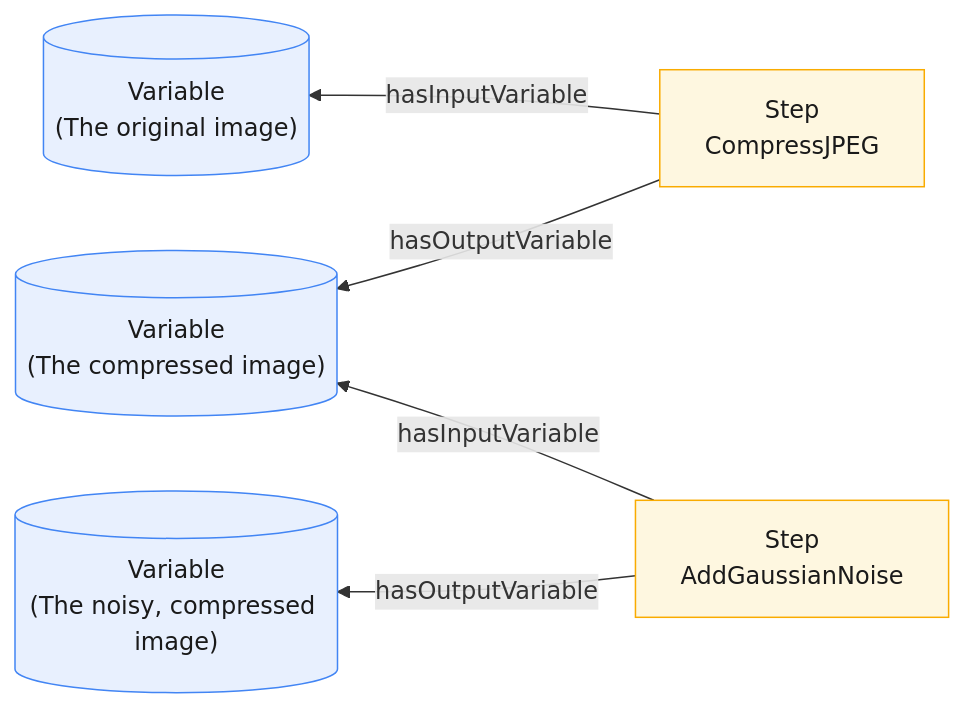
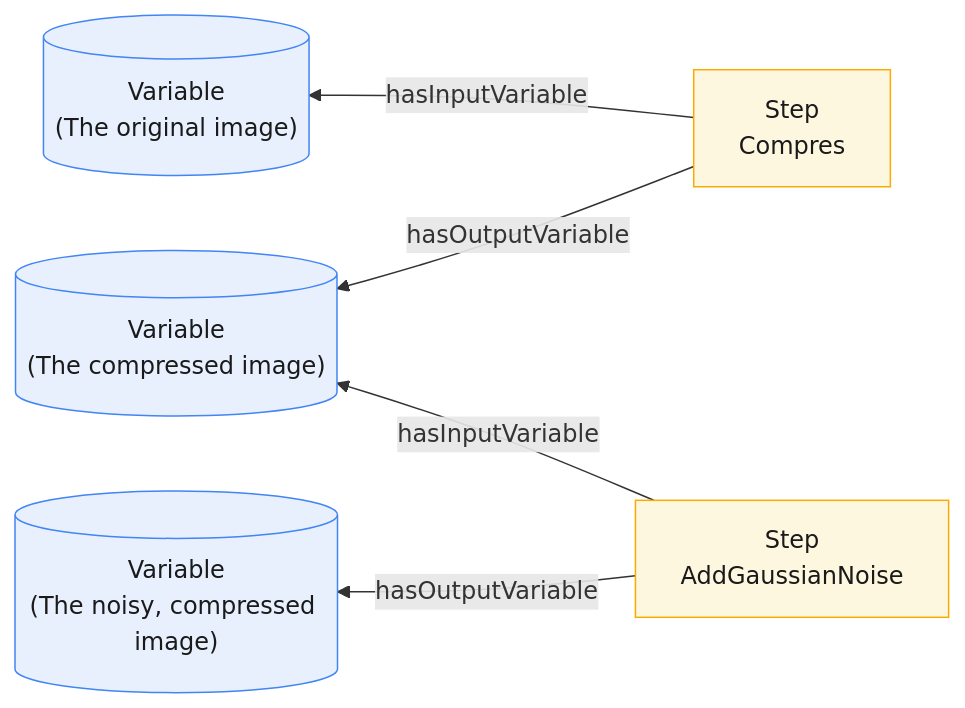
One commit to jlocash/tamper changed the second of 2 diagrams in README.md. Above: the diagram before and after it, drawn with Mermaid. The commit also changed other lines of this file and 12 other files, not shown here.

````diff
--- a/README.md
+++ b/README.md
@@ -152,14 +154,14 @@
 ```mermaid
 flowchart RL
     a0[("Variable<br>(The original image)")]
     a1[("Variable<br>(The compressed image)")]
     a2[("Variable<br>(The noisy, compressed image)")]
-    op1["Step<br>CompressJPEG"] -- hasInputVariable --> a0
+    op1["Step<br>Compres"] -- hasInputVariable --> a0
     op1 -- hasOutputVariable --> a1
     op2["Step<br>AddGaussianNoise"] -- hasInputVariable --> a1
     op2 -- hasOutputVariable --> a2
     classDef asset fill:#e8f0fe,stroke:#4285f4,color:#1a1a1a;
     classDef op fill:#fef7e0,stroke:#f9ab00,color:#1a1a1a;
     class a0,a1,a2 asset;
     class op1,op2 op;
 ```
````
